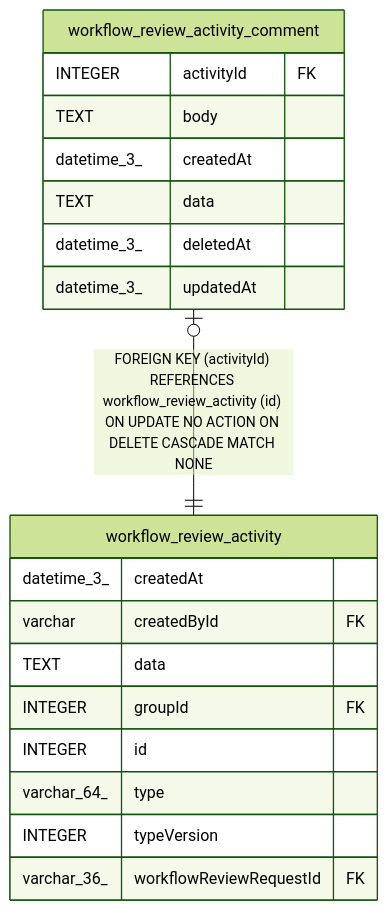
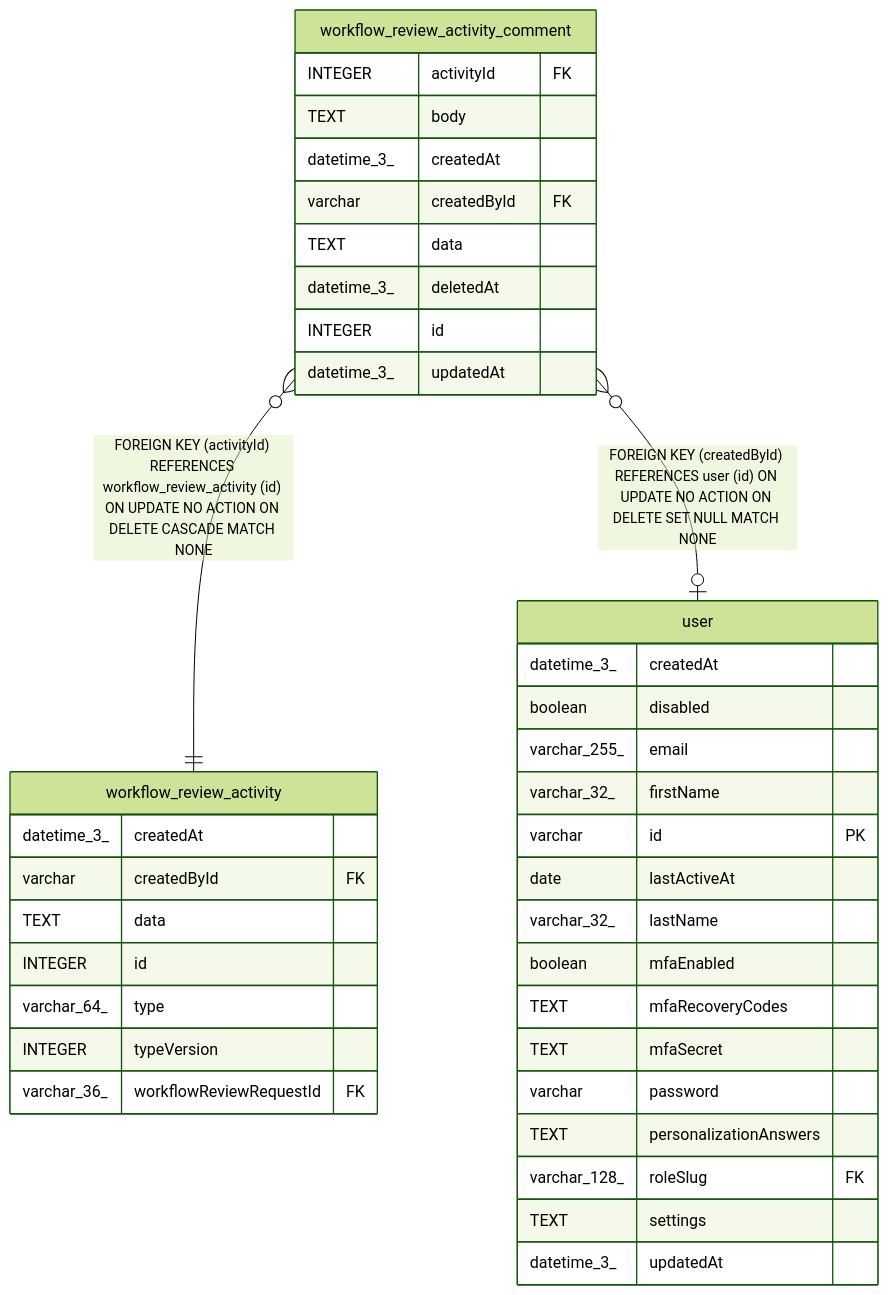
One commit to mayankjain1815-commits/n8n changed the diagram in docs/generated/sqlite-schema/workflow_review_activity_comment.md. Above: the diagram before and after it, drawn with Mermaid (forest theme). The commit also changed other lines of this file and 13 other files, not shown here.

````diff
--- a/docs/generated/sqlite-schema/workflow_review_activity_comment.md
+++ b/docs/generated/sqlite-schema/workflow_review_activity_comment.md
@@ -34,24 +43,43 @@
 ```mermaid
 erDiagram
 
-"workflow_review_activity_comment" |o--|| "workflow_review_activity" : "FOREIGN KEY (activityId) REFERENCES workflow_review_activity (id) ON UPDATE NO ACTION ON DELETE CASCADE MATCH NONE"
+"workflow_review_activity_comment" }o--|| "workflow_review_activity" : "FOREIGN KEY (activityId) REFERENCES workflow_review_activity (id) ON UPDATE NO ACTION ON DELETE CASCADE MATCH NONE"
+"workflow_review_activity_comment" }o--o| "user" : "FOREIGN KEY (createdById) REFERENCES user (id) ON UPDATE NO ACTION ON DELETE SET NULL MATCH NONE"
 
 "workflow_review_activity_comment" {
   INTEGER activityId FK
   TEXT body
   datetime_3_ createdAt
+  varchar createdById FK
   TEXT data
   datetime_3_ deletedAt
+  INTEGER id
   datetime_3_ updatedAt
 }
 "workflow_review_activity" {
   datetime_3_ createdAt
   varchar createdById FK
   TEXT data
-  INTEGER groupId FK
   INTEGER id
   varchar_64_ type
   INTEGER typeVersion
   varchar_36_ workflowReviewRequestId FK
 }
+"user" {
+  datetime_3_ createdAt
+  boolean disabled
+  varchar_255_ email
+  varchar_32_ firstName
+  varchar id PK
+  date lastActiveAt
+  varchar_32_ lastName
+  boolean mfaEnabled
+  TEXT mfaRecoveryCodes
+  TEXT mfaSecret
+  varchar password
+  TEXT personalizationAnswers
+  varchar_128_ roleSlug FK
+  TEXT settings
+  datetime_3_ updatedAt
+}
 ```
````
